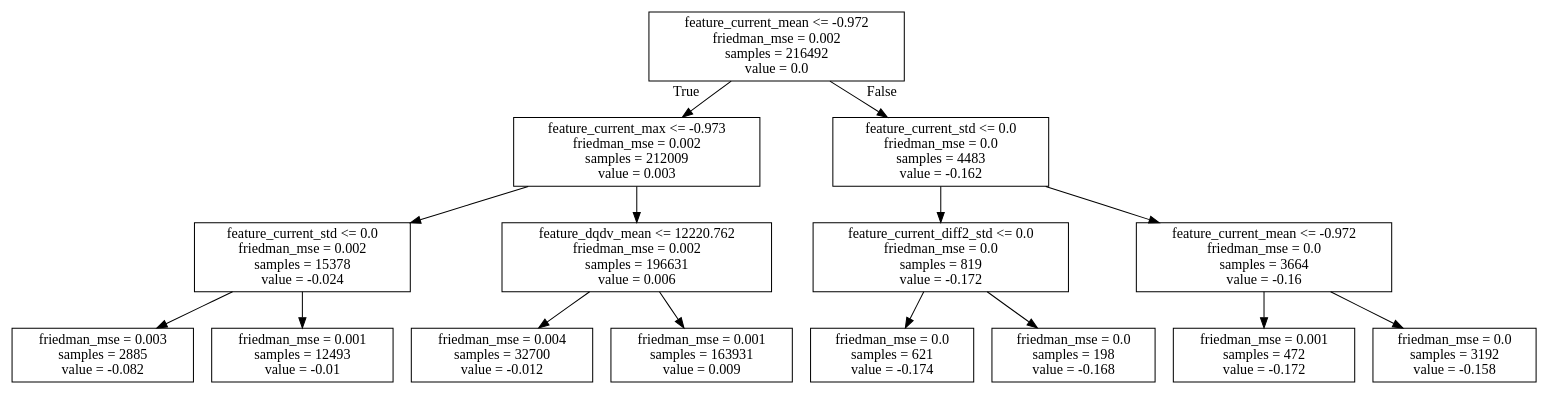
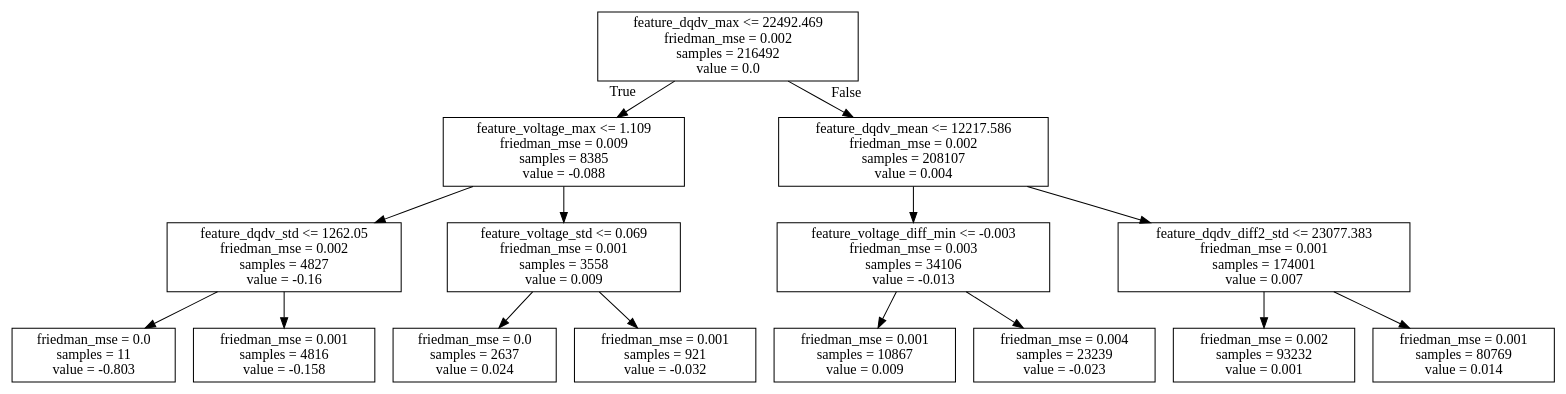
Before and after one commit to johnnyWzq/cell_test_data: the diagram in discharge_g_pkl/gbdt.dot, drawn with Graphviz. The commit also changed 19 other files, not shown here.

Commit message:
drop feature of current and new model

```diff
--- a/discharge_g_pkl/gbdt.dot
+++ b/discharge_g_pkl/gbdt.dot
@@ -1,32 +1,32 @@
 digraph Tree {
 node [shape=box] ;
-0 [label="feature_current_mean <= -0.972\nfriedman_mse = 0.002\nsamples = 216492\nvalue = 0.0"] ;
-1 [label="feature_current_max <= -0.973\nfriedman_mse = 0.002\nsamples = 212009\nvalue = 0.003"] ;
+0 [label="feature_dqdv_max <= 22492.469\nfriedman_mse = 0.002\nsamples = 216492\nvalue = 0.0"] ;
+1 [label="feature_voltage_max <= 1.109\nfriedman_mse = 0.009\nsamples = 8385\nvalue = -0.088"] ;
 0 -> 1 [labeldistance=2.5, labelangle=45, headlabel="True"] ;
-2 [label="feature_current_std <= 0.0\nfriedman_mse = 0.002\nsamples = 15378\nvalue = -0.024"] ;
+2 [label="feature_dqdv_std <= 1262.05\nfriedman_mse = 0.002\nsamples = 4827\nvalue = -0.16"] ;
 1 -> 2 ;
-3 [label="friedman_mse = 0.003\nsamples = 2885\nvalue = -0.082"] ;
+3 [label="friedman_mse = 0.0\nsamples = 11\nvalue = -0.803"] ;
 2 -> 3 ;
-4 [label="friedman_mse = 0.001\nsamples = 12493\nvalue = -0.01"] ;
+4 [label="friedman_mse = 0.001\nsamples = 4816\nvalue = -0.158"] ;
 2 -> 4 ;
-5 [label="feature_dqdv_mean <= 12220.762\nfriedman_mse = 0.002\nsamples = 196631\nvalue = 0.006"] ;
+5 [label="feature_voltage_std <= 0.069\nfriedman_mse = 0.001\nsamples = 3558\nvalue = 0.009"] ;
 1 -> 5 ;
-6 [label="friedman_mse = 0.004\nsamples = 32700\nvalue = -0.012"] ;
+6 [label="friedman_mse = 0.0\nsamples = 2637\nvalue = 0.024"] ;
 5 -> 6 ;
-7 [label="friedman_mse = 0.001\nsamples = 163931\nvalue = 0.009"] ;
+7 [label="friedman_mse = 0.001\nsamples = 921\nvalue = -0.032"] ;
 5 -> 7 ;
-8 [label="feature_current_std <= 0.0\nfriedman_mse = 0.0\nsamples = 4483\nvalue = -0.162"] ;
+8 [label="feature_dqdv_mean <= 12217.586\nfriedman_mse = 0.002\nsamples = 208107\nvalue = 0.004"] ;
 0 -> 8 [labeldistance=2.5, labelangle=-45, headlabel="False"] ;
-9 [label="feature_current_diff2_std <= 0.0\nfriedman_mse = 0.0\nsamples = 819\nvalue = -0.172"] ;
+9 [label="feature_voltage_diff_min <= -0.003\nfriedman_mse = 0.003\nsamples = 34106\nvalue = -0.013"] ;
 8 -> 9 ;
-10 [label="friedman_mse = 0.0\nsamples = 621\nvalue = -0.174"] ;
+10 [label="friedman_mse = 0.001\nsamples = 10867\nvalue = 0.009"] ;
 9 -> 10 ;
-11 [label="friedman_mse = 0.0\nsamples = 198\nvalue = -0.168"] ;
+11 [label="friedman_mse = 0.004\nsamples = 23239\nvalue = -0.023"] ;
 9 -> 11 ;
-12 [label="feature_current_mean <= -0.972\nfriedman_mse = 0.0\nsamples = 3664\nvalue = -0.16"] ;
+12 [label="feature_dqdv_diff2_std <= 23077.383\nfriedman_mse = 0.001\nsamples = 174001\nvalue = 0.007"] ;
 8 -> 12 ;
-13 [label="friedman_mse = 0.001\nsamples = 472\nvalue = -0.172"] ;
+13 [label="friedman_mse = 0.002\nsamples = 93232\nvalue = 0.001"] ;
 12 -> 13 ;
-14 [label="friedman_mse = 0.0\nsamples = 3192\nvalue = -0.158"] ;
+14 [label="friedman_mse = 0.001\nsamples = 80769\nvalue = 0.014"] ;
 12 -> 14 ;
 }
```
